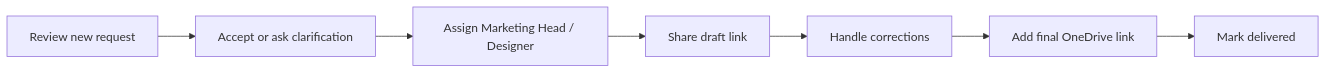
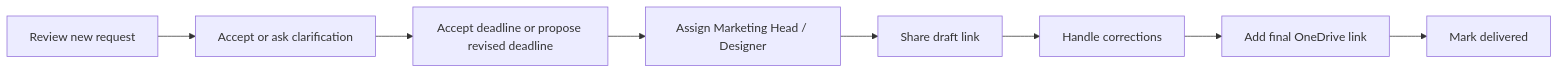
One commit to harsha-jivawater/jiva-farm-os changed the ninth of 23 diagrams in docs/ROLE_BASED_USAGE_MANUAL.md. Above: the diagram before and after it, drawn with Mermaid. The commit also changed other lines of this file and 13 other files, not shown here.

Commit message:
Improve marketing request deadline workflow

````diff
--- a/docs/ROLE_BASED_USAGE_MANUAL.md
+++ b/docs/ROLE_BASED_USAGE_MANUAL.md
@@ -538,9 +538,10 @@
 ```mermaid
 flowchart LR
   A["Review new request"] --> B["Accept or ask clarification"]
-  B --> C["Assign Marketing Head / Designer"]
-  C --> D["Share draft link"]
-  D --> E["Handle corrections"]
-  E --> F["Add final OneDrive link"]
-  F --> G["Mark delivered"]
+  B --> C["Accept deadline or propose revised deadline"]
+  C --> D["Assign Marketing Head / Designer"]
+  D --> E["Share draft link"]
+  E --> F["Handle corrections"]
+  F --> G["Add final OneDrive link"]
+  G --> H["Mark delivered"]
 ```
````
